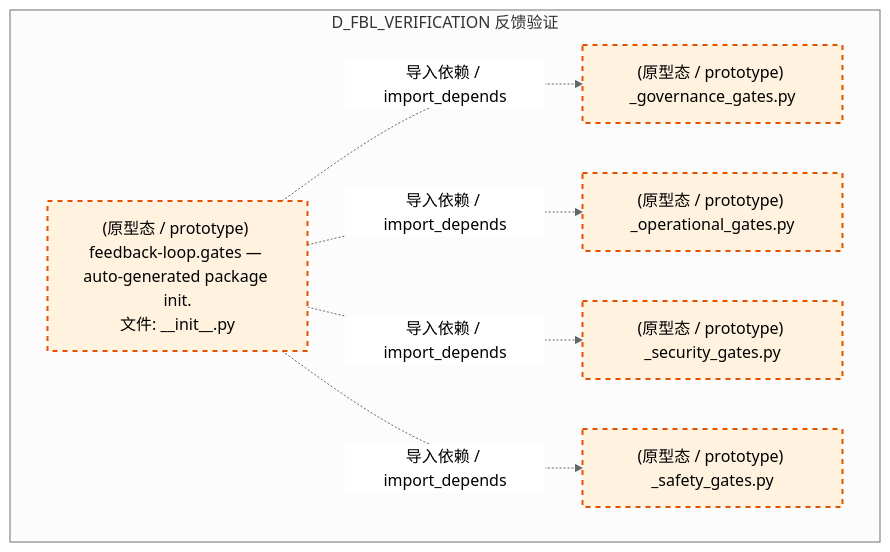
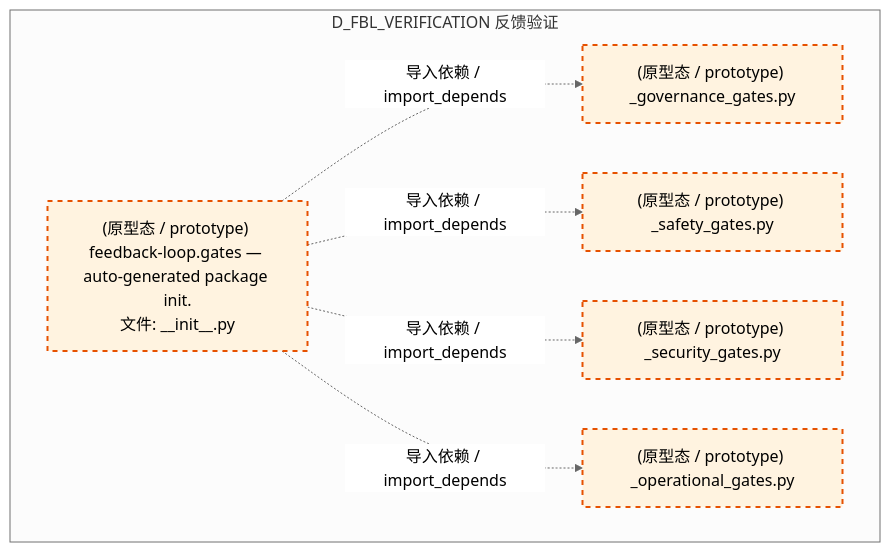
The fourth of 5 diagrams in docs/02_enterprise_architecture/02_domain_architecture_docs/11_d_fbl_verification.md (xuanFelixVan/ZephyrAlpha), drawn with Mermaid (neutral theme) before and after one commit. The commit also changed other lines of this file and 112 other files, not shown here.

````diff
--- a/docs/02_enterprise_architecture/02_domain_architecture_docs/11_d_fbl_verification.md
+++ b/docs/02_enterprise_architecture/02_domain_architecture_docs/11_d_fbl_verification.md
@@ -337,19 +337,19 @@
 ```mermaid
 graph TD
     subgraph D_FBL_VERIFICATION["D_FBL_VERIFICATION 反馈验证"]
         src_zephyr_trading_feedback_loop_gates_init_py["(原型态 / prototype) feedback-loop.gates — auto-generated package init.<br/>文件: __init__.py"]
         src_zephyr_trading_feedback_loop_gates_governance_gates_py["(原型态 / prototype) _governance_gates.py"]
         src_zephyr_trading_feedback_loop_gates_operational_gates_py["(原型态 / prototype) _operational_gates.py"]
         src_zephyr_trading_feedback_loop_gates_safety_gates_py["(原型态 / prototype) _safety_gates.py"]
         src_zephyr_trading_feedback_loop_gates_security_gates_py["(原型态 / prototype) _security_gates.py"]
     end
     src_zephyr_trading_feedback_loop_gates_init_py -.->|导入依赖 / import_depends| src_zephyr_trading_feedback_loop_gates_governance_gates_py
+    src_zephyr_trading_feedback_loop_gates_init_py -.->|导入依赖 / import_depends| src_zephyr_trading_feedback_loop_gates_safety_gates_py
+    src_zephyr_trading_feedback_loop_gates_init_py -.->|导入依赖 / import_depends| src_zephyr_trading_feedback_loop_gates_security_gates_py
     src_zephyr_trading_feedback_loop_gates_init_py -.->|导入依赖 / import_depends| src_zephyr_trading_feedback_loop_gates_operational_gates_py
-    src_zephyr_trading_feedback_loop_gates_init_py -.->|导入依赖 / import_depends| src_zephyr_trading_feedback_loop_gates_security_gates_py
-    src_zephyr_trading_feedback_loop_gates_init_py -.->|导入依赖 / import_depends| src_zephyr_trading_feedback_loop_gates_safety_gates_py
     classDef production fill:#e1f5fe,stroke:#01579b,stroke-width:2px,color:#000
     classDef design fill:#fff3e0,stroke:#e65100,stroke-width:2px,color:#000,stroke-dasharray: 5 5
     classDef external_prod fill:#e8f5e9,stroke:#1b5e20,stroke-width:1px,color:#000
     classDef external_design fill:#fce4ec,stroke:#880e4f,stroke-width:1px,color:#000,stroke-dasharray: 5 5
     class src_zephyr_trading_feedback_loop_gates_init_py,src_zephyr_trading_feedback_loop_gates_governance_gates_py,src_zephyr_trading_feedback_loop_gates_operational_gates_py,src_zephyr_trading_feedback_loop_gates_safety_gates_py,src_zephyr_trading_feedback_loop_gates_security_gates_py design
 ```
````
